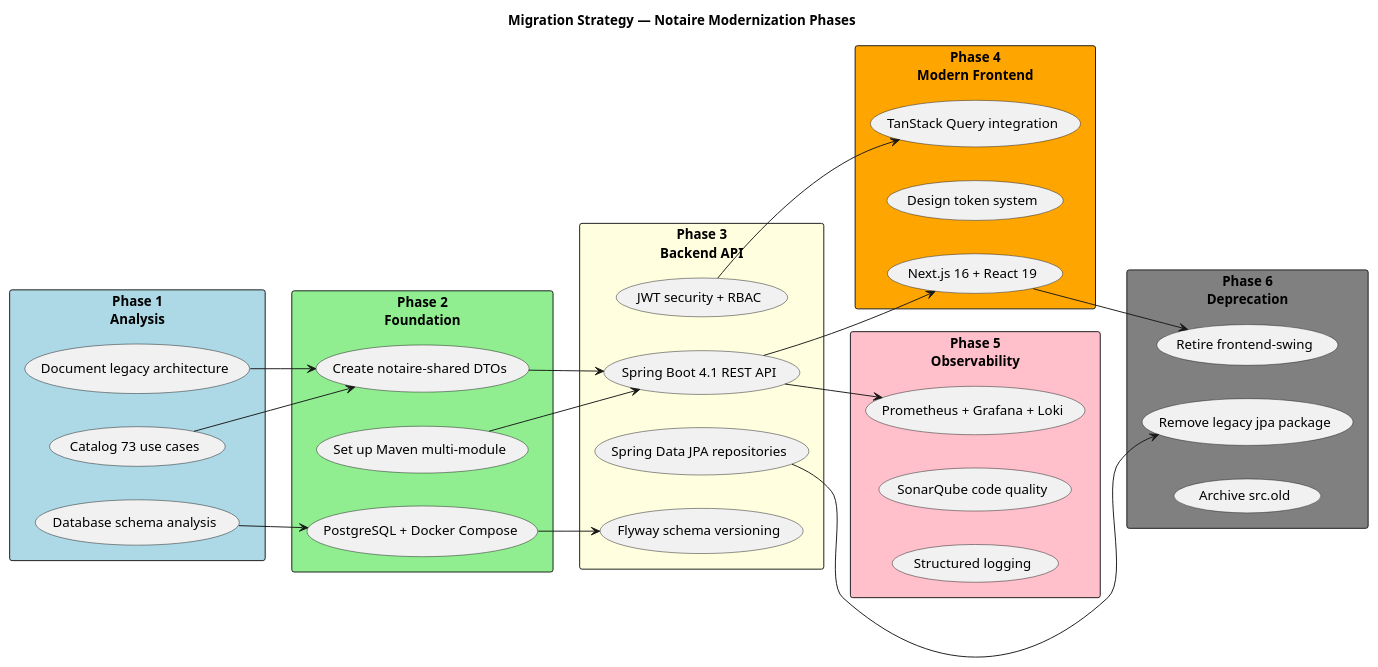
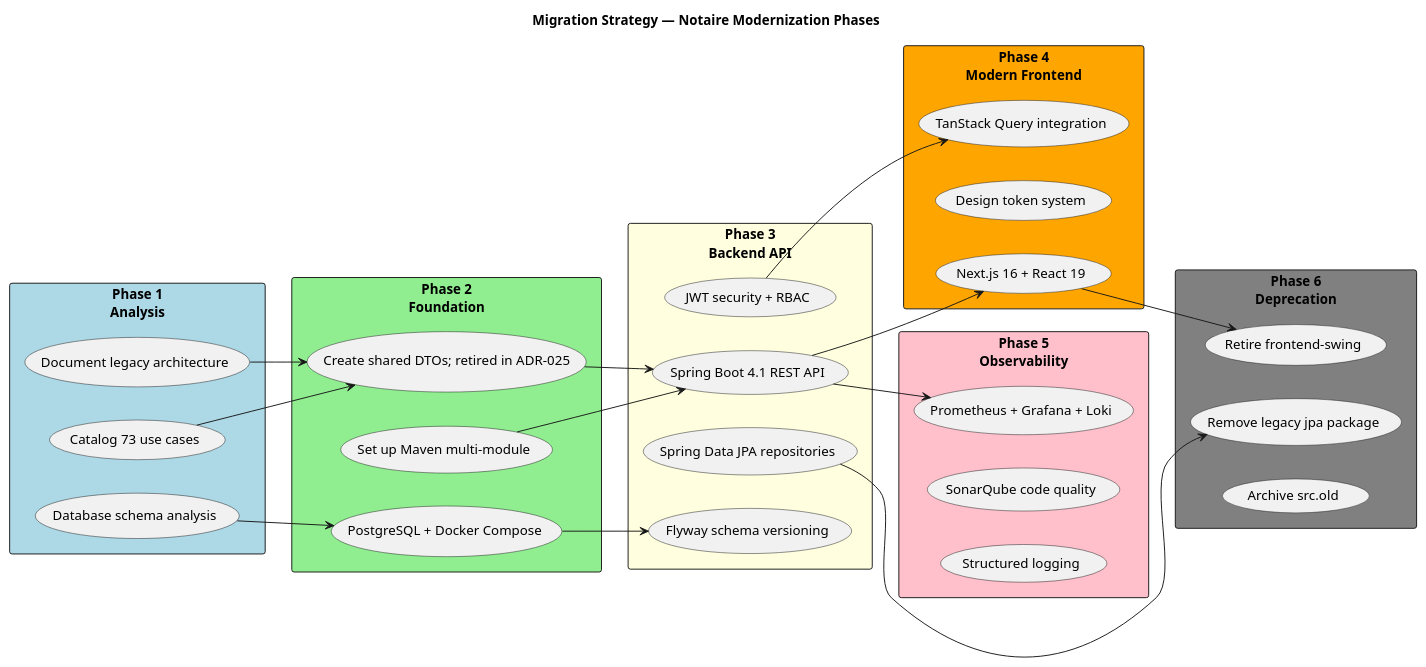
One commit to matiaspakua/notaire changed the diagram in docs/200-architecture/204-diagrams/migration-phases.puml. Above: the diagram before and after it, drawn with PlantUML. The commit also changed 117 other files, not shown here.

First line of the commit message:
[#1255] refactor(build): deprecate notaire-shared; backend-api owns its DTOs (#1278)

```diff
--- a/docs/200-architecture/204-diagrams/migration-phases.puml
+++ b/docs/200-architecture/204-diagrams/migration-phases.puml
@@ -1,53 +1,53 @@
 @startuml
 title Migration Strategy — Notaire Modernization Phases
 left to right direction
 
 rectangle "Phase 1\nAnalysis" #LightBlue {
   (Document legacy architecture) as P1A
   (Catalog 73 use cases) as P1B
   (Database schema analysis) as P1C
 }
 
 rectangle "Phase 2\nFoundation" #LightGreen {
-  (Create notaire-shared DTOs) as P2A
+  (Create shared DTOs; retired in ADR-025) as P2A
   (Set up Maven multi-module) as P2B
   (PostgreSQL + Docker Compose) as P2C
 }
 
 rectangle "Phase 3\nBackend API" #LightYellow {
   (Spring Boot 4.1 REST API) as P3A
   (Spring Data JPA repositories) as P3B
   (JWT security + RBAC) as P3C
   (Flyway schema versioning) as P3D
 }
 
 rectangle "Phase 4\nModern Frontend" #Orange {
   (Next.js 16 + React 19) as P4A
   (Design token system) as P4B
   (TanStack Query integration) as P4C
 }
 
 rectangle "Phase 5\nObservability" #Pink {
   (Prometheus + Grafana + Loki) as P5A
   (SonarQube code quality) as P5B
   (Structured logging) as P5C
 }
 
 rectangle "Phase 6\nDeprecation" #Gray {
   (Retire frontend-swing) as P6A
   (Remove legacy jpa package) as P6B
   (Archive src.old) as P6C
 }
 
 P1A --> P2A
 P1B --> P2A
 P1C --> P2C
 P2A --> P3A
 P2B --> P3A
 P2C --> P3D
 P3A --> P4A
 P3C --> P4C
 P3A --> P5A
 P4A --> P6A
 P3B --> P6B
 @enduml
```
